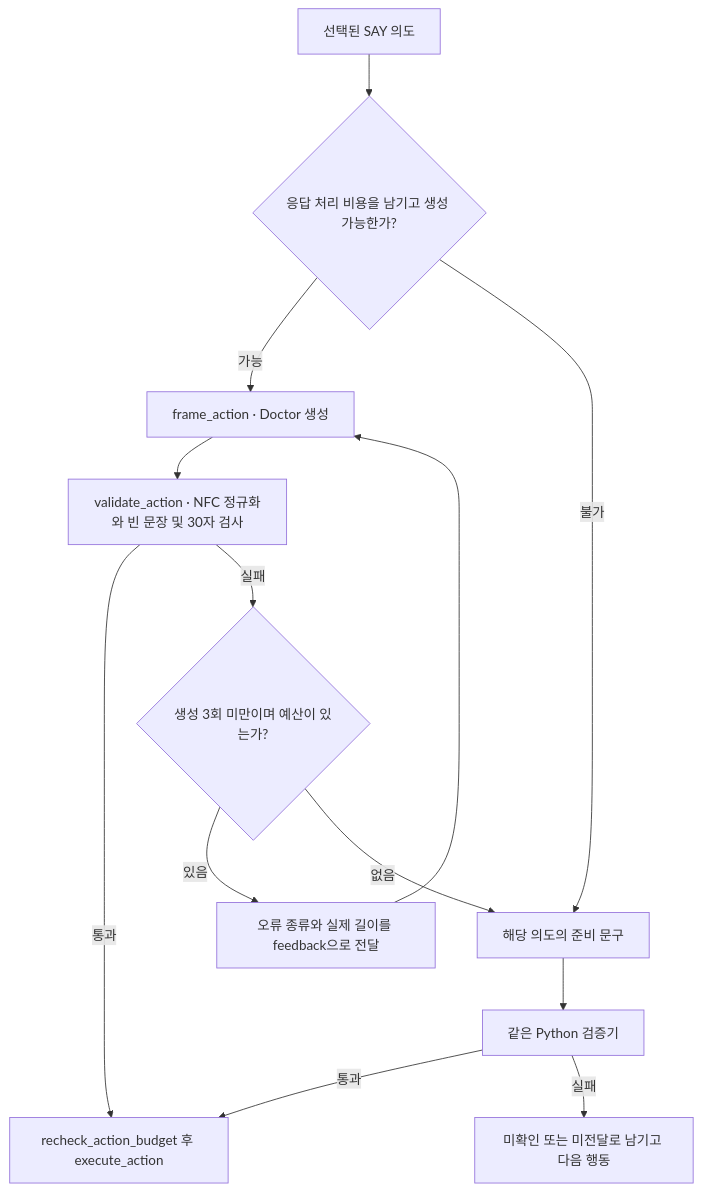
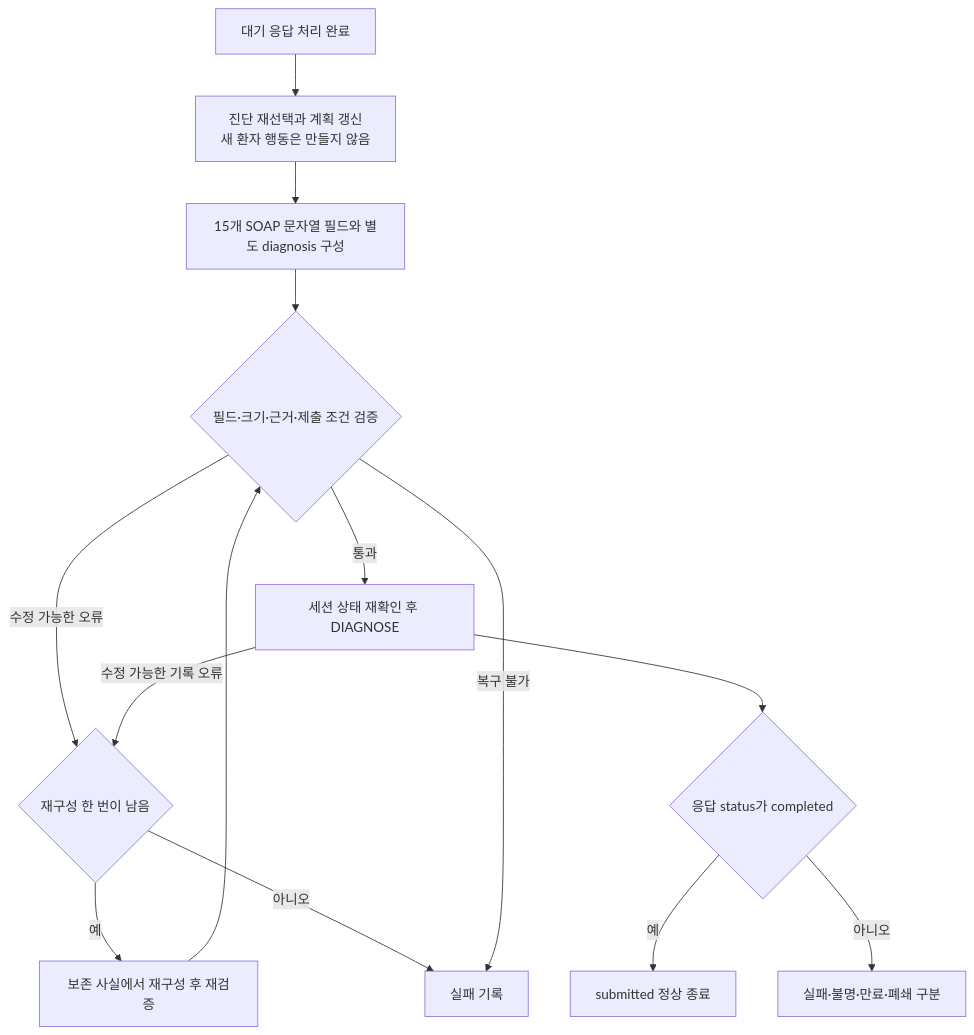
Before and after one commit to devRestain/Ontoward: the seventh of 12 diagrams in submission/README.md, drawn with Mermaid. The commit also changed other lines of this file and 475 other files, not shown here.

````diff
--- a/submission/README.md
+++ b/submission/README.md
@@ -151,15 +207,16 @@
 ```mermaid
 flowchart TD
-    Q["선택된 SAY 의도"] --> B{"응답 처리 비용을 남기고 생성 가능한가?"}
-    B -->|가능| R["frame_action · Doctor 생성"]
-    R --> V["validate_action · NFC 정규화와 빈 문장 및 30자 검사"]
-    V -->|통과| X["recheck_action_budget 후 execute_action"]
-    V -->|실패| N{"생성 3회 미만이며 예산이 있는가?"}
-    N -->|있음| F["오류 종류와 실제 길이를 feedback으로 전달"]
-    F --> R
-    N -->|없음| P["해당 의도의 준비 문구"]
-    B -->|불가| P
-    P --> PV["같은 Python 검증기"]
-    PV -->|통과| X
-    PV -->|실패| U["미확인 또는 미전달로 남기고 다음 행동"]
+    F0["대기 응답 처리 완료"] --> F1["진단 재선택과 계획 갱신<br/>새 환자 행동은 만들지 않음"]
+    F1 --> F2["15개 SOAP 문자열 필드와 별도 diagnosis 구성"]
+    F2 --> F3{"필드·크기·근거·제출 조건 검증"}
+    F3 -->|통과| F4["세션 상태 재확인 후 DIAGNOSE"]
+    F3 -->|수정 가능한 오류| F5{"재구성 한 번이 남음"}
+    F4 -->|수정 가능한 기록 오류| F5
+    F5 -->|예| F6["보존 사실에서 재구성 후 재검증"]
+    F6 --> F3
+    F5 -->|아니오| F8["실패 기록"]
+    F3 -->|복구 불가| F8
+    F4 --> F7{"응답 status가 completed"}
+    F7 -->|예| F9["submitted 정상 종료"]
+    F7 -->|아니오| F10["실패·불명·만료·폐쇄 구분"]
 ```
````
